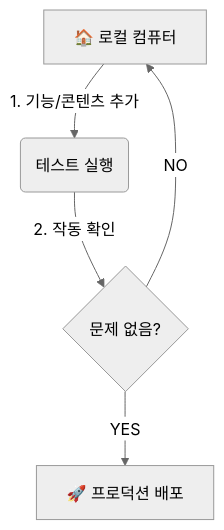
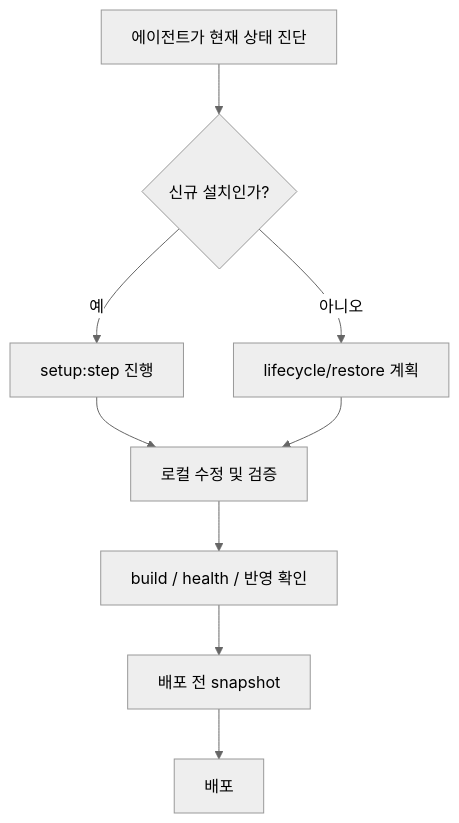
The diagram in docs/WORKFLOW_GUIDE.md (xulfereht/clinic-os-starter), drawn with Mermaid (neutral theme) before and after one commit. The commit also changed other lines of this file and 115 other files, not shown here.

````diff
--- a/docs/WORKFLOW_GUIDE.md
+++ b/docs/WORKFLOW_GUIDE.md
@@ -13,7 +20,11 @@
 ```mermaid
 graph TD
-    A[🏠 로컬 컴퓨터] -->|1. 기능/콘텐츠 추가| B(테스트 실행)
-    B -->|2. 작동 확인| C{문제 없음?}
-    C -->|YES| D[🚀 프로덕션 배포]
-    C -->|NO| A
+    A[에이전트가 현재 상태 진단] --> B{신규 설치인가?}
+    B -->|예| C[setup:step 진행]
+    B -->|아니오| D[lifecycle/restore 계획]
+    C --> E[로컬 수정 및 검증]
+    D --> E
+    E --> F[build / health / 반영 확인]
+    F --> G[배포 전 snapshot]
+    G --> H[배포]
 ```
````
